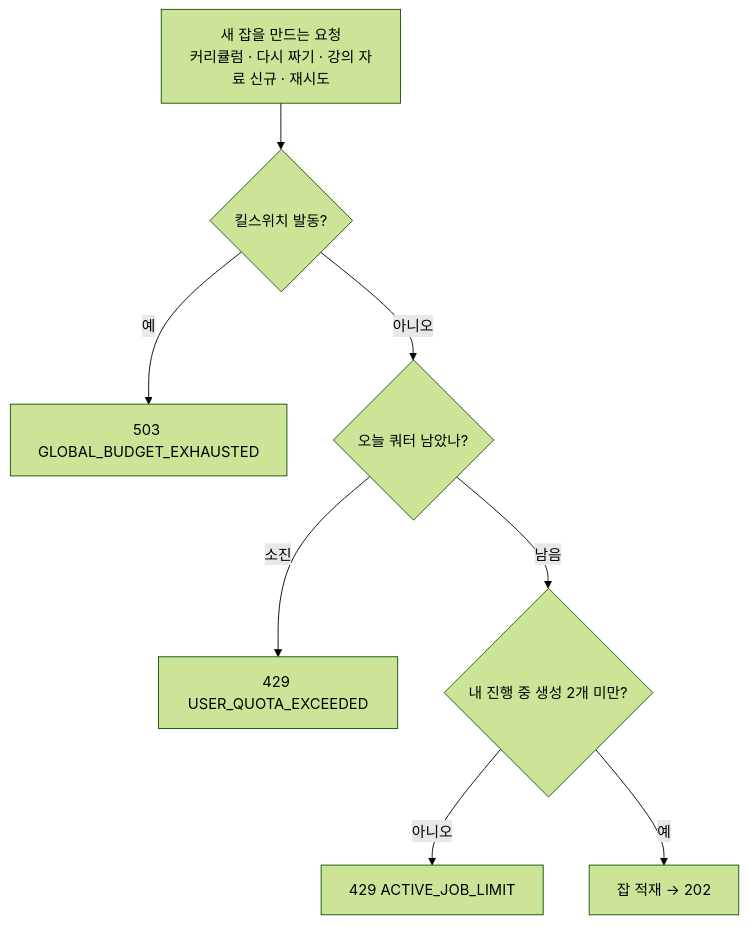
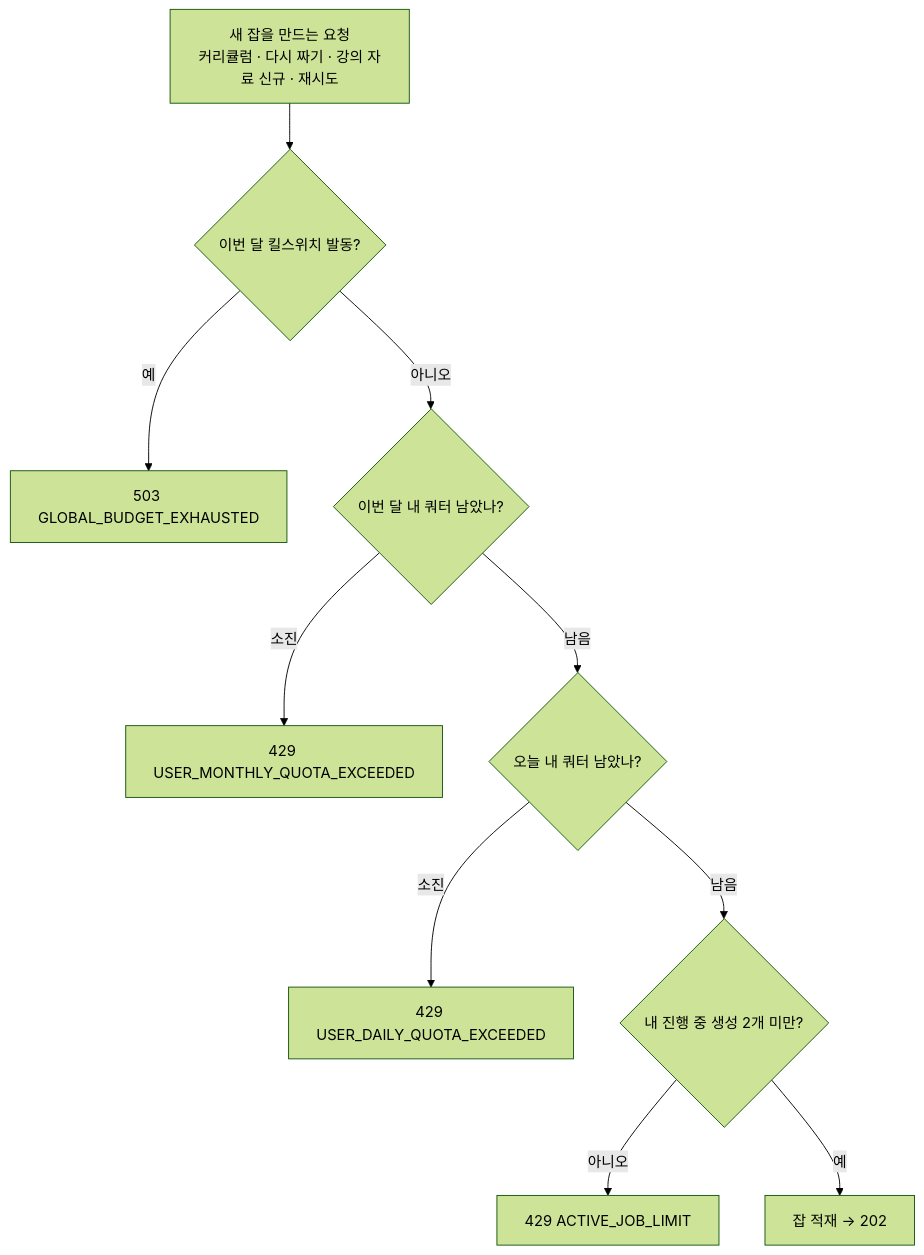
One commit to f-lab-edu/Mogum changed the fourth of 4 diagrams in docs/04-jobs-and-cost.md. Above: the diagram before and after it, drawn with Mermaid (forest theme). The commit also changed other lines of this file and 10 other files, not shown here.

````diff
--- a/docs/04-jobs-and-cost.md
+++ b/docs/04-jobs-and-cost.md
@@ -466,10 +479,12 @@
 ```mermaid
 flowchart TD
-    A["새 잡을 만드는 요청<br/>커리큘럼 · 다시 짜기 · 강의 자료 신규 · 재시도"] --> B{"킬스위치 발동?"}
+    A["새 잡을 만드는 요청<br/>커리큘럼 · 다시 짜기 · 강의 자료 신규 · 재시도"] --> B{"이번 달 킬스위치 발동?"}
     B -->|"예"| X1["503 GLOBAL_BUDGET_EXHAUSTED"]
-    B -->|"아니오"| C{"오늘 쿼터 남았나?"}
-    C -->|"소진"| X2["429 USER_QUOTA_EXCEEDED"]
-    C -->|"남음"| D{"내 진행 중 생성 2개 미만?"}
+    B -->|"아니오"| C{"이번 달 내 쿼터 남았나?"}
+    C -->|"소진"| X2["429 USER_MONTHLY_QUOTA_EXCEEDED"]
+    C -->|"남음"| C2{"오늘 내 쿼터 남았나?"}
+    C2 -->|"소진"| X4["429 USER_DAILY_QUOTA_EXCEEDED"]
+    C2 -->|"남음"| D{"내 진행 중 생성 2개 미만?"}
     D -->|"아니오"| X3["429 ACTIVE_JOB_LIMIT"]
     D -->|"예"| E["잡 적재 → 202"]
 ```
````
